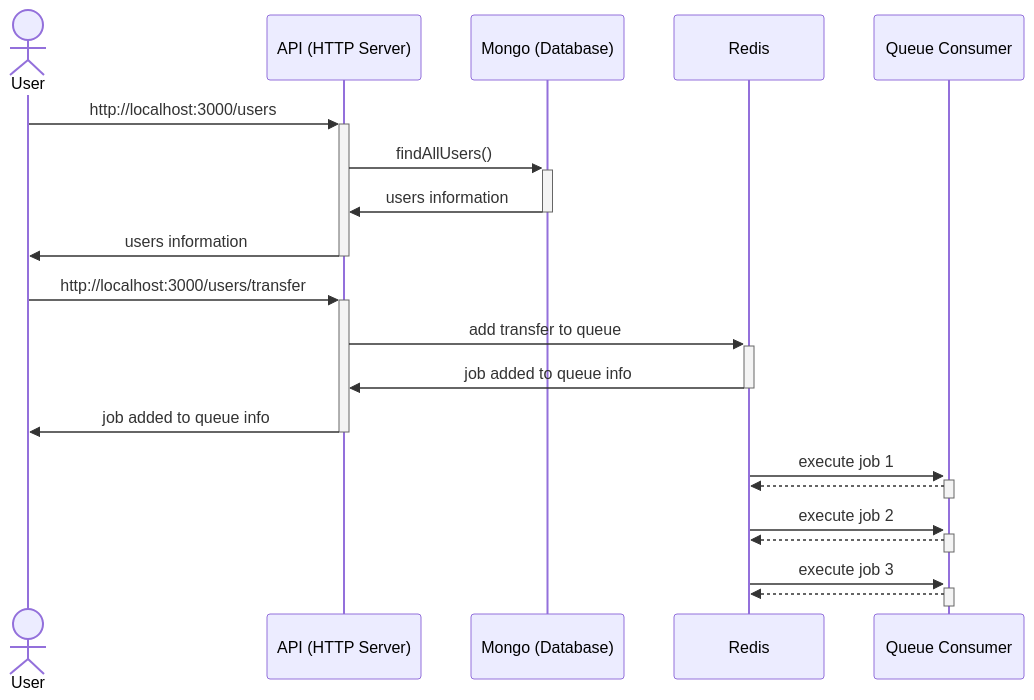
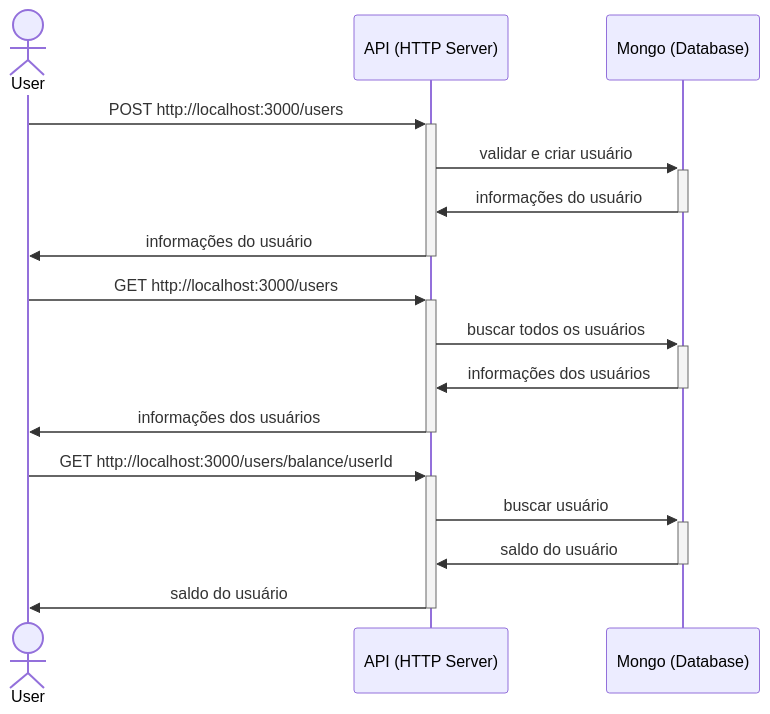
One commit to mariannactx/startup-fintech changed the second of 2 diagrams in README.md. Above: the diagram before and after it, drawn with Mermaid. The commit also changed other lines of this file, not shown here.

````diff
--- a/README.md
+++ b/README.md
@@ -5,22 +30,18 @@
 ```mermaid
 sequenceDiagram
   actor User
   participant API as API (HTTP Server)
   participant Mongo as Mongo (Database)
-  participant Redis
-  participant Consumer as Queue Consumer
-  User->>+API: http://localhost:3000/users
-  API->>+Mongo: findAllUsers()
-  Mongo->>-API: users information
-  API->>-User: users information
-  User->>+API: http://localhost:3000/users/transfer
-  API->>+Redis: add transfer to queue
-  Redis->>-API: job added to queue info
-  API->>-User: job added to queue info
-  Redis->>+Consumer: execute job 1
-  Consumer-->>-Redis:
-  Redis->>+Consumer: execute job 2
-  Consumer-->>-Redis:
-  Redis->>+Consumer: execute job 3
-  Consumer-->>-Redis:
+  User->>+API: POST http://localhost:3000/users
+  API->>+Mongo: validar e criar usuário
+  Mongo->>-API: informações do usuário
+  API->>-User: informações do usuário
+  User->>+API: GET http://localhost:3000/users
+  API->>+Mongo: buscar todos os usuários
+  Mongo->>-API: informações dos usuários
+  API->>-User: informações dos usuários
+  User->>+API: GET http://localhost:3000/users/balance/userId
+  API->>+Mongo: buscar usuário
+  Mongo->>-API: saldo do usuário
+  API->>-User: saldo do usuário
 ```
````
